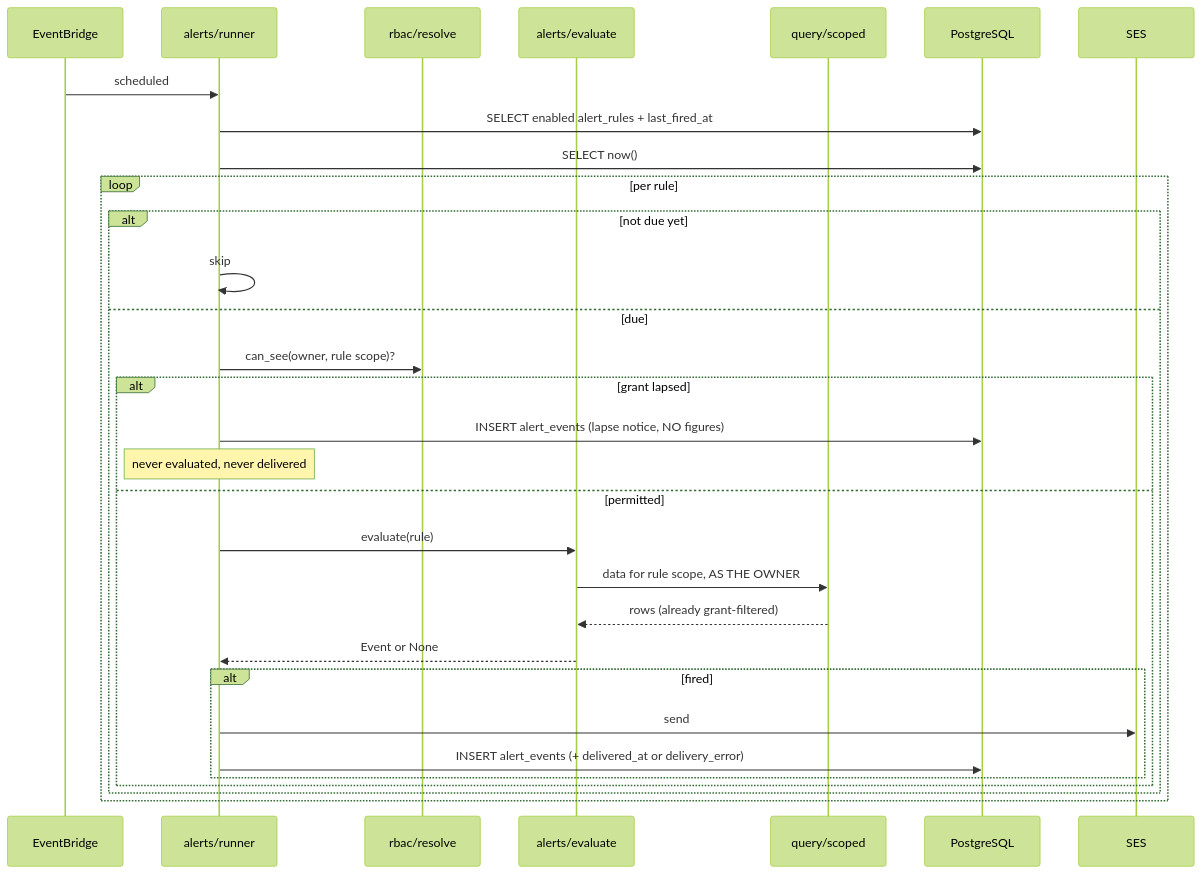
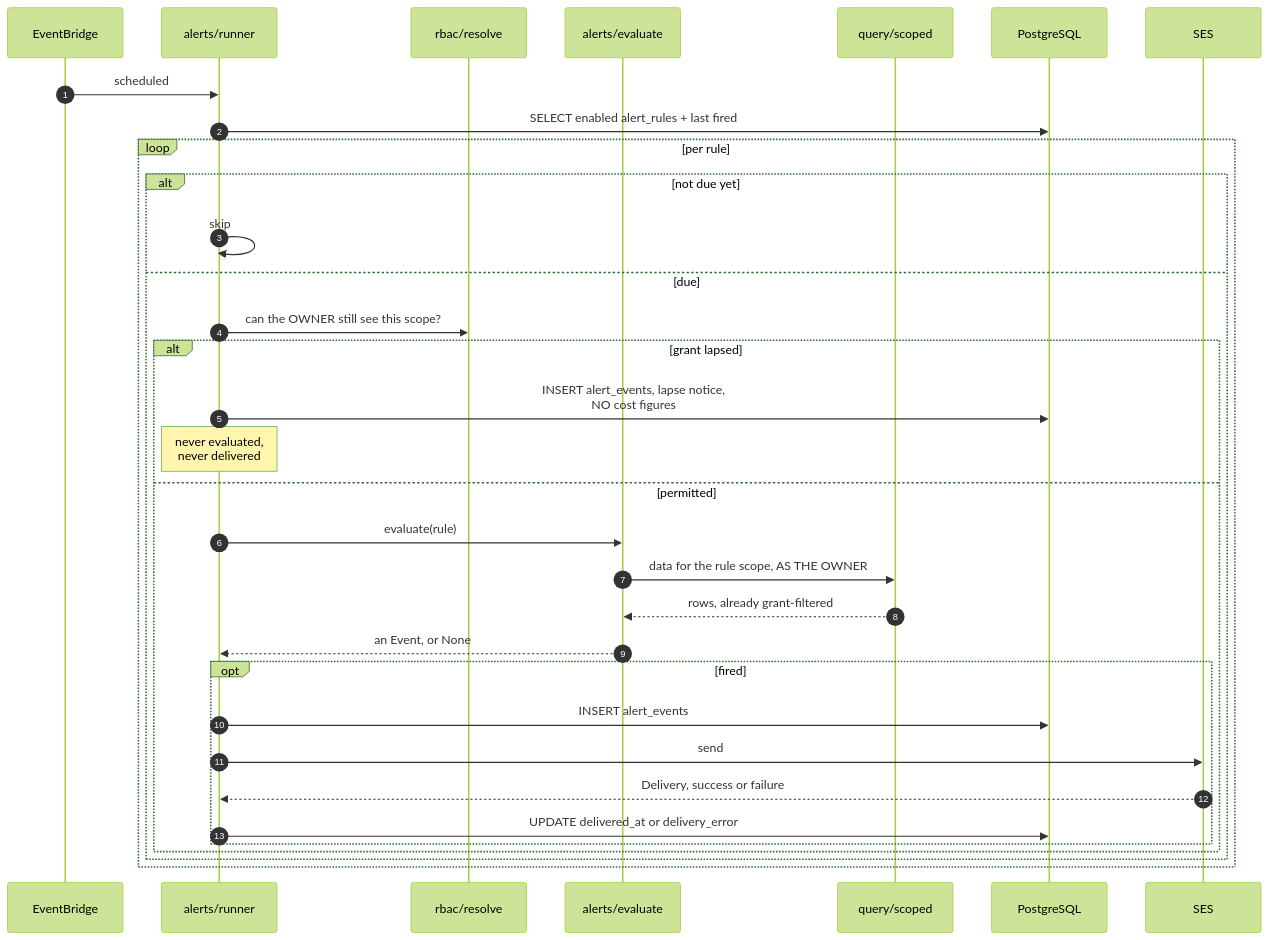
One commit to Hemanth0411/Cloud_Cost_Intelligence_Hub changed the fifth of 5 diagrams in docs/04-data-flow.md. Above: the diagram before and after it, drawn with Mermaid (forest theme). The commit also changed other lines of this file and 15 other files, not shown here.

````diff
--- a/docs/04-data-flow.md
+++ b/docs/04-data-flow.md
@@ -173,34 +272,36 @@
 ```mermaid
 sequenceDiagram
+    autonumber
     participant EB as EventBridge
     participant RN as alerts/runner
     participant RB as rbac/resolve
     participant EV as alerts/evaluate
     participant Q as query/scoped
     participant PG as PostgreSQL
     participant SES as SES
 
     EB->>RN: scheduled
-    RN->>PG: SELECT enabled alert_rules + last_fired_at
-    RN->>PG: SELECT now()
+    RN->>PG: SELECT enabled alert_rules + last fired
     loop per rule
         alt not due yet
             RN->>RN: skip
         else due
-            RN->>RB: can_see(owner, rule scope)?
+            RN->>RB: can the OWNER still see this scope?
             alt grant lapsed
-                RN->>PG: INSERT alert_events (lapse notice, NO figures)
-                Note over RN: never evaluated, never delivered
+                RN->>PG: INSERT alert_events, lapse notice,<br/>NO cost figures
+                Note over RN: never evaluated,<br/>never delivered
             else permitted
                 RN->>EV: evaluate(rule)
-                EV->>Q: data for rule scope, AS THE OWNER
-                Q-->>EV: rows (already grant-filtered)
-                EV-->>RN: Event or None
-                alt fired
+                EV->>Q: data for the rule scope, AS THE OWNER
+                Q-->>EV: rows, already grant-filtered
+                EV-->>RN: an Event, or None
+                opt fired
+                    RN->>PG: INSERT alert_events
                     RN->>SES: send
-                    RN->>PG: INSERT alert_events (+ delivered_at or delivery_error)
+                    SES-->>RN: Delivery, success or failure
+                    RN->>PG: UPDATE delivered_at or delivery_error
                 end
             end
         end
     end
 ```
````
